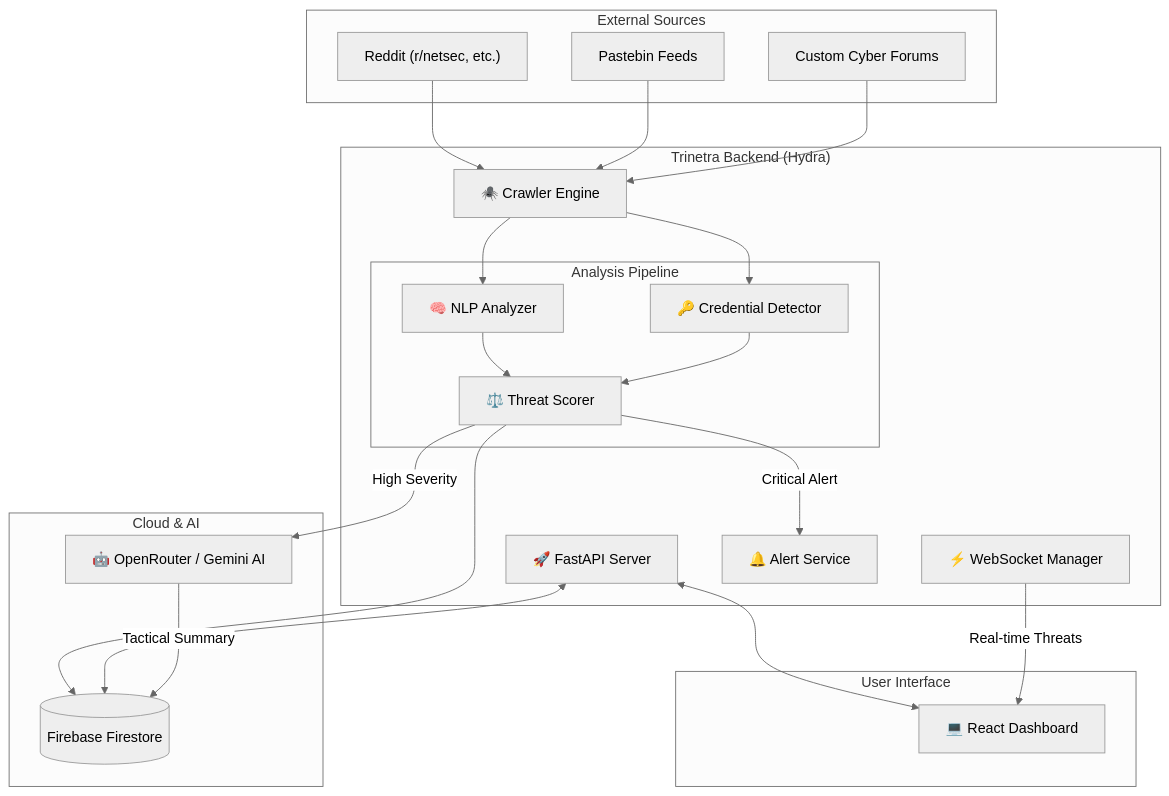
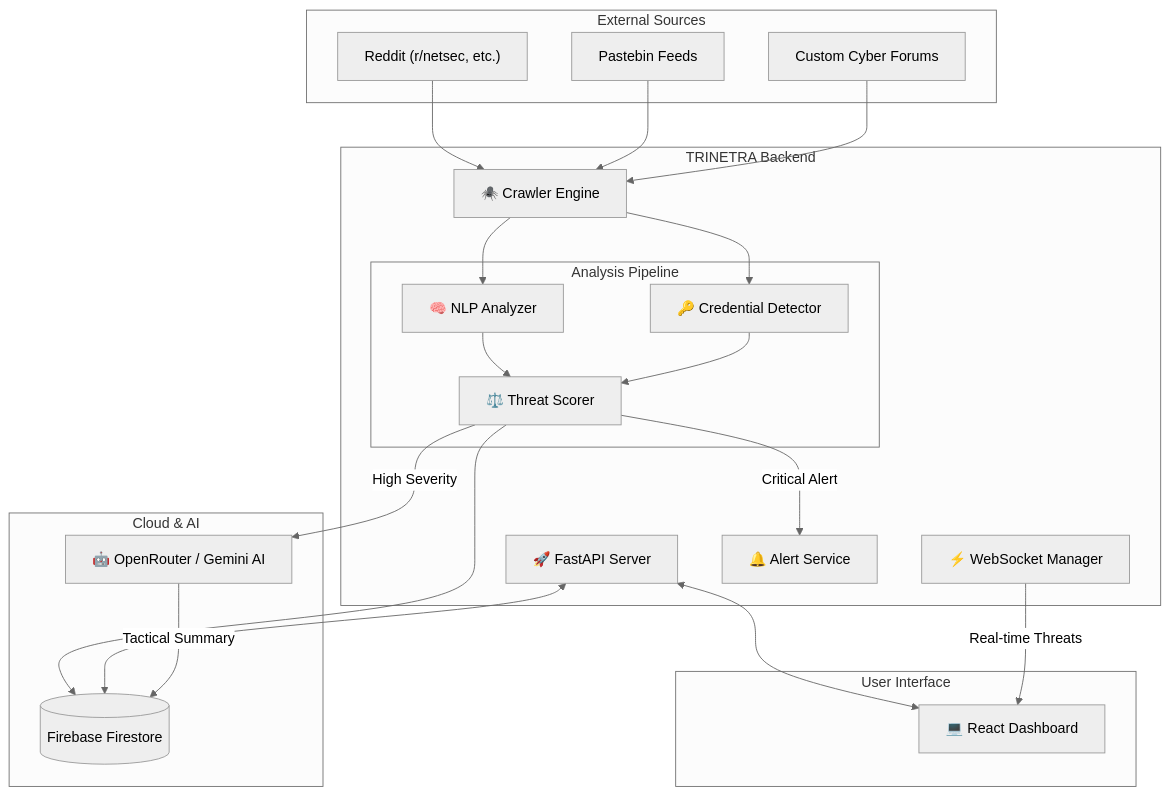
The first of 2 diagrams in README.md (yfwmaniish/hydra), drawn with Mermaid (neutral theme) before and after one commit. The commit also changed other lines of this file and 2 other files, not shown here.

Commit message:
chore: rename project to TRINETRA

````diff
--- a/README.md
+++ b/README.md
@@ -16,48 +16,48 @@
 ```mermaid
 graph TD
     subgraph "External Sources"
         Reddit["Reddit (r/netsec, etc.)"]
         Pastebin["Pastebin Feeds"]
         Forums["Custom Cyber Forums"]
     end
 
-    subgraph "Trinetra Backend (Hydra)"
+    subgraph "TRINETRA Backend"
         Crawler["🕷️ Crawler Engine"]
         subgraph "Analysis Pipeline"
             NLP["🧠 NLP Analyzer"]
             Creds["🔑 Credential Detector"]
             Scorer["⚖️ Threat Scorer"]
         end
         API["🚀 FastAPI Server"]
         Socket["⚡ WebSocket Manager"]
         Notifier["🔔 Alert Service"]
     end
 
     subgraph "Cloud & AI"
         DB[("Firebase Firestore")]
         AI["🤖 OpenRouter / Gemini AI"]
     end
 
     subgraph "User Interface"
         UI["💻 React Dashboard"]
     end
 
     Reddit --> Crawler
     Pastebin --> Crawler
     Forums --> Crawler
 
     Crawler --> NLP
     Crawler --> Creds
     NLP --> Scorer
     Creds --> Scorer
 
     Scorer --> DB
     
     API <--> DB
     API <--> UI
     Socket -- "Real-time Threats" --> UI
     
     Scorer -- "High Severity" --> AI
     AI -- "Tactical Summary" --> DB
     Scorer -- "Critical Alert" --> Notifier
 ```
````
